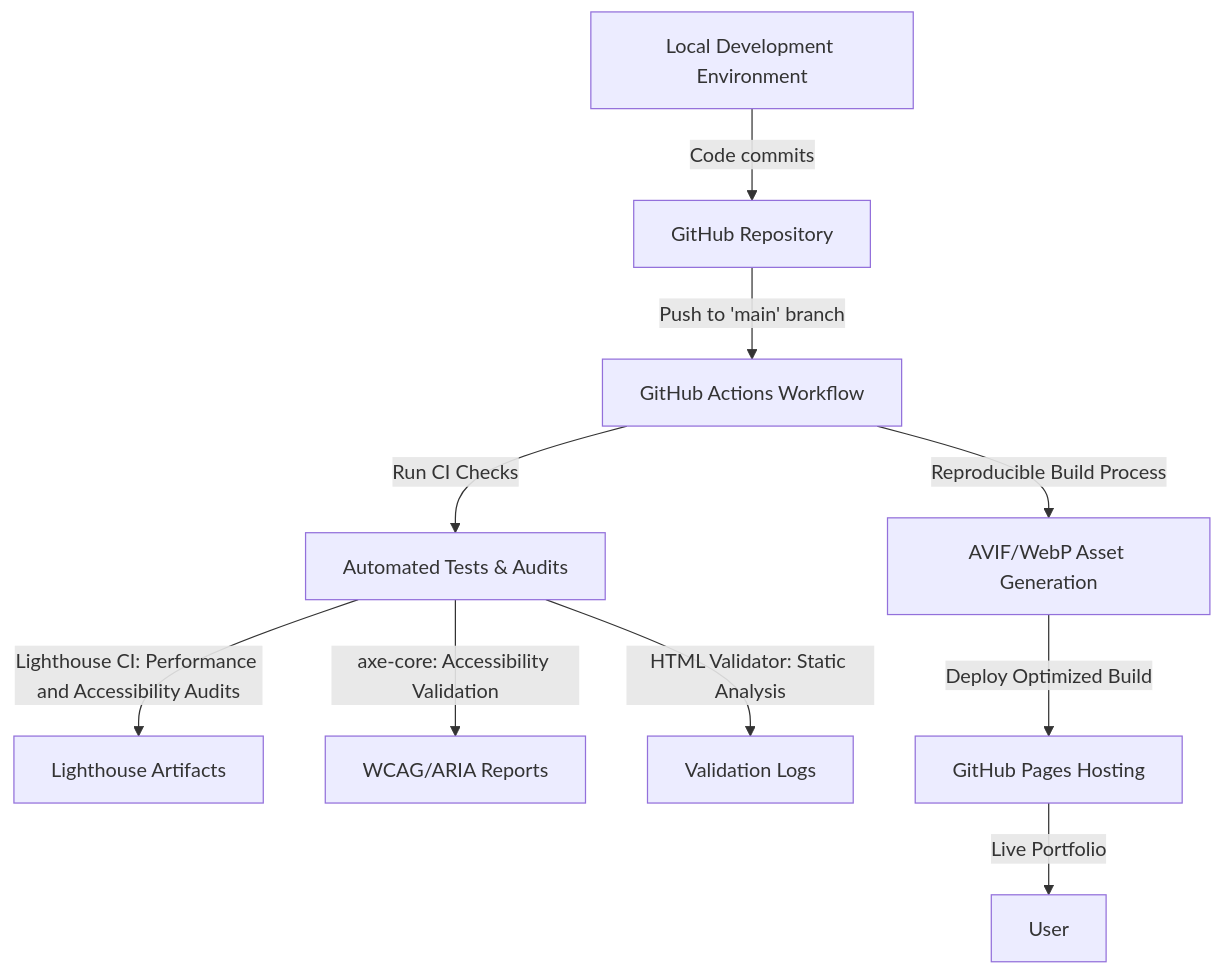
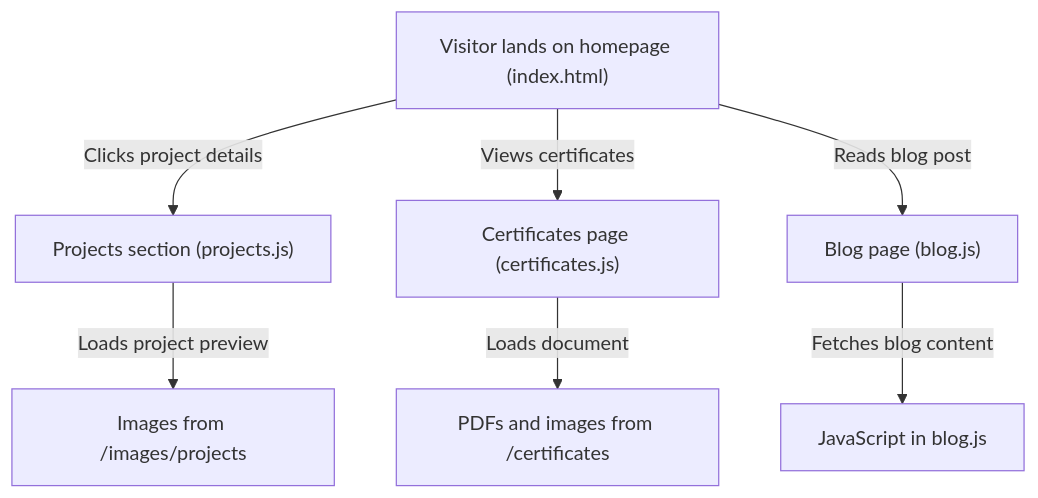
Before and after one commit to EF361/EF361.github.io: the diagram in README.md, drawn with Mermaid. The commit also changed other lines of this file, not shown here.

````diff
--- a/README.md
+++ b/README.md
@@ -18,12 +25,10 @@
 ```mermaid
 flowchart TD
-    A["Local Development Environment"] -->|"Code commits"| B["GitHub Repository"]
-    B -->|"Push to 'main' branch"| C["GitHub Actions Workflow"]
-    C -->|"Run CI Checks"| D["Automated Tests & Audits"]
-    D -->|"Lighthouse CI: Performance and Accessibility Audits"| E["Lighthouse Artifacts"]
-    D -->|"axe-core: Accessibility Validation"| F["WCAG/ARIA Reports"]
-    D -->|"HTML Validator: Static Analysis"| G["Validation Logs"]
-    C -->|"Reproducible Build Process"| H["AVIF/WebP Asset Generation"]
-    H -->|"Deploy Optimized Build"| I["GitHub Pages Hosting"]
-    I -->|"Live Portfolio"| J["User"]
+  A["Visitor lands on homepage (index.html)"]
+  A -->|"Clicks project details"| B["Projects section (projects.js)"]
+  A -->|"Views certificates"| C["Certificates page (certificates.js)"]
+  A -->|"Reads blog post"| D["Blog page (blog.js)"]
+  B -->|"Loads project preview"| E["Images from /images/projects"]
+  C -->|"Loads document"| F["PDFs and images from /certificates"]
+  D -->|"Fetches blog content"| G["JavaScript in blog.js"]
 ```
````
